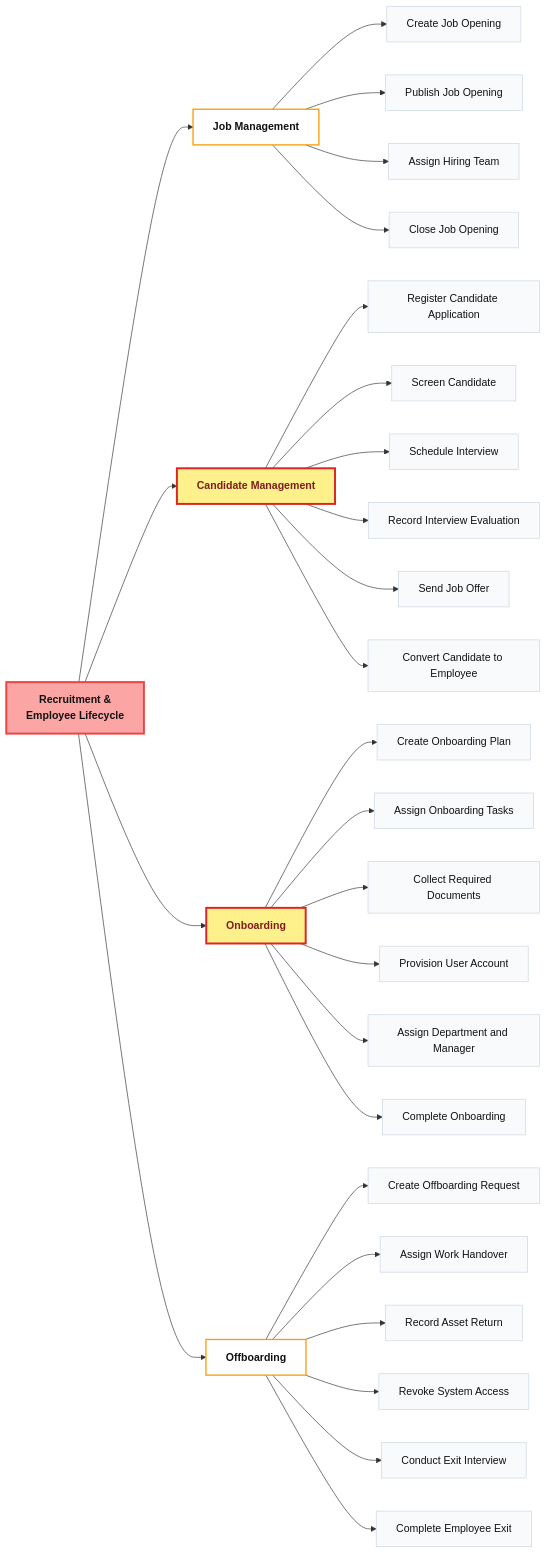
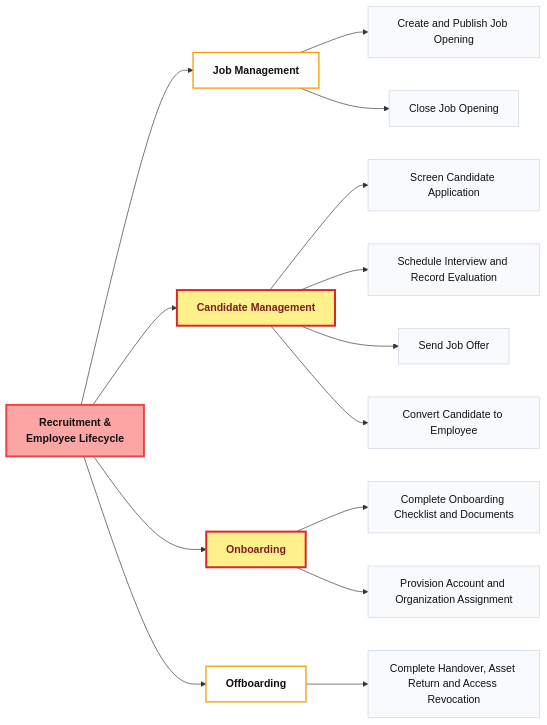
One commit to Hagiakhanh/HR-Workforce-Management changed the fifth of 10 diagrams in README.md. Above: the diagram before and after it, drawn with Mermaid. The commit also changed other lines of this file, not shown here.

Commit message:
list all usecase

````diff
--- a/README.md
+++ b/README.md
@@ -199,45 +183,32 @@
 ```mermaid
 flowchart LR
     classDef module fill:#fca5a5,stroke:#ef4444,stroke-width:3px,color:#111,font-weight:bold;
     classDef feature fill:#ffffff,stroke:#f59e0b,stroke-width:2px,color:#111,font-weight:bold;
     classDef important fill:#fef08a,stroke:#dc2626,stroke-width:3px,color:#7f1d1d,font-weight:bold;
     classDef usecase fill:#f8fafc,stroke:#cbd5e1,color:#111;
 
     LIFE["Recruitment &<br/>Employee Lifecycle"]
 
     LIFE --> JOB["Job Management"]
     LIFE --> CANDIDATE["Candidate Management"]
     LIFE --> ONBOARDING["Onboarding"]
     LIFE --> OFFBOARDING["Offboarding"]
 
-    JOB --> J1["Create Job Opening"]
-    JOB --> J2["Publish Job Opening"]
-    JOB --> J3["Assign Hiring Team"]
-    JOB --> J4["Close Job Opening"]
+    JOB --> J1["Create and Publish Job Opening"]
+    JOB --> J2["Close Job Opening"]
 
-    CANDIDATE --> C1["Register Candidate Application"]
-    CANDIDATE --> C2["Screen Candidate"]
-    CANDIDATE --> C3["Schedule Interview"]
-    CANDIDATE --> C4["Record Interview Evaluation"]
-    CANDIDATE --> C5["Send Job Offer"]
-    CANDIDATE --> C6["Convert Candidate to Employee"]
+    CANDIDATE --> C1["Screen Candidate Application"]
+    CANDIDATE --> C2["Schedule Interview and Record Evaluation"]
+    CANDIDATE --> C3["Send Job Offer"]
+    CANDIDATE --> C4["Convert Candidate to Employee"]
 
-    ONBOARDING --> O1["Create Onboarding Plan"]
-    ONBOARDING --> O2["Assign Onboarding Tasks"]
-    ONBOARDING --> O3["Collect Required Documents"]
-    ONBOARDING --> O4["Provision User Account"]
-    ONBOARDING --> O5["Assign Department and Manager"]
-    ONBOARDING --> O6["Complete Onboarding"]
+    ONBOARDING --> O1["Complete Onboarding Checklist and Documents"]
+    ONBOARDING --> O2["Provision Account and Organization Assignment"]
 
-    OFFBOARDING --> F1["Create Offboarding Request"]
-    OFFBOARDING --> F2["Assign Work Handover"]
-    OFFBOARDING --> F3["Record Asset Return"]
-    OFFBOARDING --> F4["Revoke System Access"]
-    OFFBOARDING --> F5["Conduct Exit Interview"]
-    OFFBOARDING --> F6["Complete Employee Exit"]
+    OFFBOARDING --> F1["Complete Handover, Asset Return and Access Revocation"]
 
     class LIFE module;
     class JOB,CANDIDATE,ONBOARDING,OFFBOARDING feature;
     class CANDIDATE,ONBOARDING important;
-    class J1,J2,J3,J4,C1,C2,C3,C4,C5,C6,O1,O2,O3,O4,O5,O6,F1,F2,F3,F4,F5,F6 usecase;
+    class J1,J2,C1,C2,C3,C4,O1,O2,F1 usecase;
 ```
````
